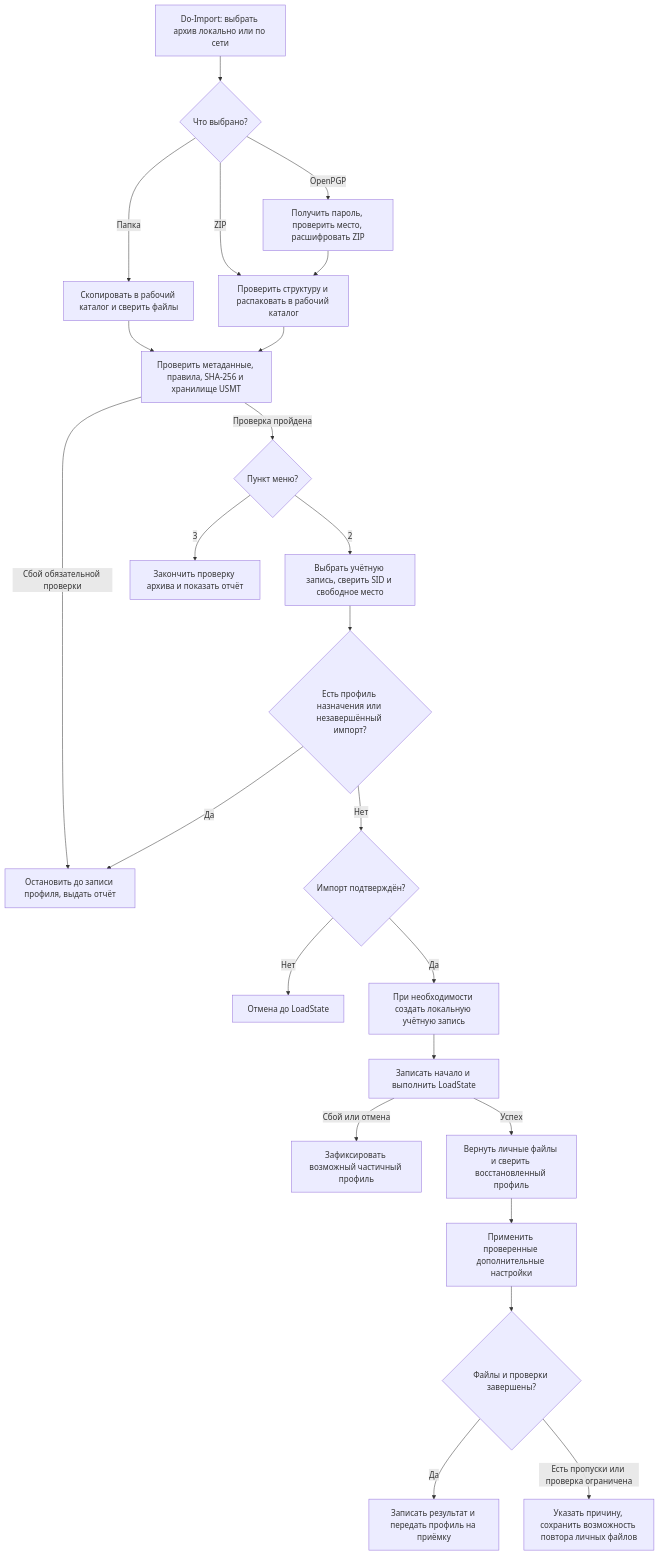
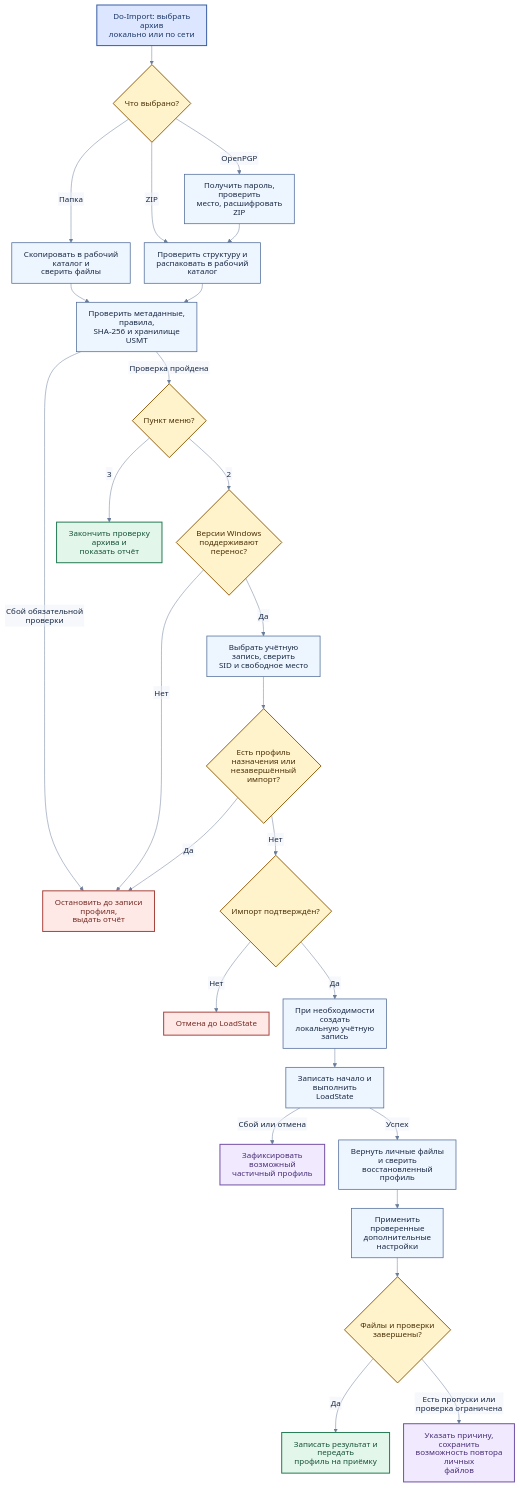
Before and after one commit to Arhivater/WindowsProfileMigration: the fourth of 7 diagrams in TECHNICAL.md, drawn with Mermaid. The commit also changed other lines of this file and 5 other files, not shown here.

Commit message:
Оформить блок-схемы и добавить просмотр из ZIP [skip ci]

````diff
--- a/TECHNICAL.md
+++ b/TECHNICAL.md
@@ -105,26 +189,54 @@
 ```mermaid
+---
+config:
+  theme: base
+  htmlLabels: false
+  themeVariables:
+    fontFamily: "Inter, Segoe UI, sans-serif"
+    lineColor: "#697c9a"
+    edgeLabelBackground: "#eef2fa"
+    primaryTextColor: "#182945"
+  flowchart:
+    nodeSpacing: 28
+    rankSpacing: 38
+    padding: 12
+    curve: basis
+---
 flowchart TD
-    A["Do-Import: выбрать архив локально или по сети"] --> B{"Что выбрано?"}
-    B -->|Папка| C["Скопировать в рабочий каталог и сверить файлы"]
-    B -->|ZIP| D["Проверить структуру и распаковать в рабочий каталог"]
-    B -->|OpenPGP| E["Получить пароль, проверить место, расшифровать ZIP"]
+    A["Do-Import: выбрать архив<br/>локально или по сети"] --> B{"Что выбрано?"}
+    B -->|Папка| C["Скопировать в рабочий каталог и<br/>сверить файлы"]
+    B -->|ZIP| D["Проверить структуру и<br/>распаковать в рабочий каталог"]
+    B -->|OpenPGP| E["Получить пароль, проверить<br/>место, расшифровать ZIP"]
     E --> D
-    C --> F["Проверить метаданные, правила, SHA-256 и хранилище USMT"]
+    C --> F["Проверить метаданные, правила,<br/>SHA-256 и хранилище USMT"]
     D --> F
-    F -->|Сбой обязательной проверки| X["Остановить до записи профиля, выдать отчёт"]
+    F -->|Сбой обязательной проверки| X["Остановить до записи профиля,<br/>выдать отчёт"]
     F -->|Проверка пройдена| G{"Пункт меню?"}
-    G -->|3| H["Закончить проверку архива и показать отчёт"]
-    G -->|2| I["Выбрать учётную запись, сверить SID и свободное место"]
-    I --> J{"Есть профиль назначения или незавершённый импорт?"}
+    G -->|3| H["Закончить проверку архива и<br/>показать отчёт"]
+    G -->|2| T{"Версии Windows поддерживают<br/>перенос?"}
+    T -->|Нет| X
+    T -->|Да| I["Выбрать учётную запись, сверить<br/>SID и свободное место"]
+    I --> J{"Есть профиль назначения или<br/>незавершённый импорт?"}
     J -->|Да| X
     J -->|Нет| K{"Импорт подтверждён?"}
     K -->|Нет| Y["Отмена до LoadState"]
-    K -->|Да| L["При необходимости создать локальную учётную запись"]
-    L --> M["Записать начало и выполнить LoadState"]
-    M -->|Сбой или отмена| N["Зафиксировать возможный частичный профиль"]
-    M -->|Успех| O["Вернуть личные файлы и сверить восстановленный профиль"]
-    O --> P["Применить проверенные дополнительные настройки"]
+    K -->|Да| L["При необходимости создать<br/>локальную учётную запись"]
+    L --> M["Записать начало и выполнить<br/>LoadState"]
+    M -->|Сбой или отмена| N["Зафиксировать возможный<br/>частичный профиль"]
+    M -->|Успех| O["Вернуть личные файлы и сверить<br/>восстановленный профиль"]
+    O --> P["Применить проверенные<br/>дополнительные настройки"]
     P --> Q{"Файлы и проверки завершены?"}
-    Q -->|Да| R["Записать результат и передать профиль на приёмку"]
-    Q -->|"Есть пропуски или проверка ограничена"| S["Указать причину, сохранить возможность повтора личных файлов"]
+    Q -->|Да| R["Записать результат и передать<br/>профиль на приёмку"]
+    Q -->|"Есть пропуски или проверка ограничена"| S["Указать причину, сохранить<br/>возможность повтора личных<br/>файлов"]
+    classDef default fill:#edf5ff,stroke:#526d9b,color:#182945,stroke-width:1.5px;
+    classDef entry fill:#dce7ff,stroke:#385da6,color:#1c376a,stroke-width:2px;
+    classDef decision fill:#fff3cc,stroke:#966312,color:#4a2f05,stroke-width:2px;
+    classDef result fill:#e2f6e9,stroke:#257b54,color:#155138,stroke-width:2px;
+    classDef exception fill:#ffe9e7,stroke:#a7443e,color:#742922,stroke-width:2px;
+    classDef recovery fill:#f1eaff,stroke:#7250a4,color:#482c75,stroke-width:2px;
+    class A entry;
+    class B,G,T,J,K,Q decision;
+    class H,R result;
+    class X,Y exception;
+    class N,S recovery;
 ```
````
